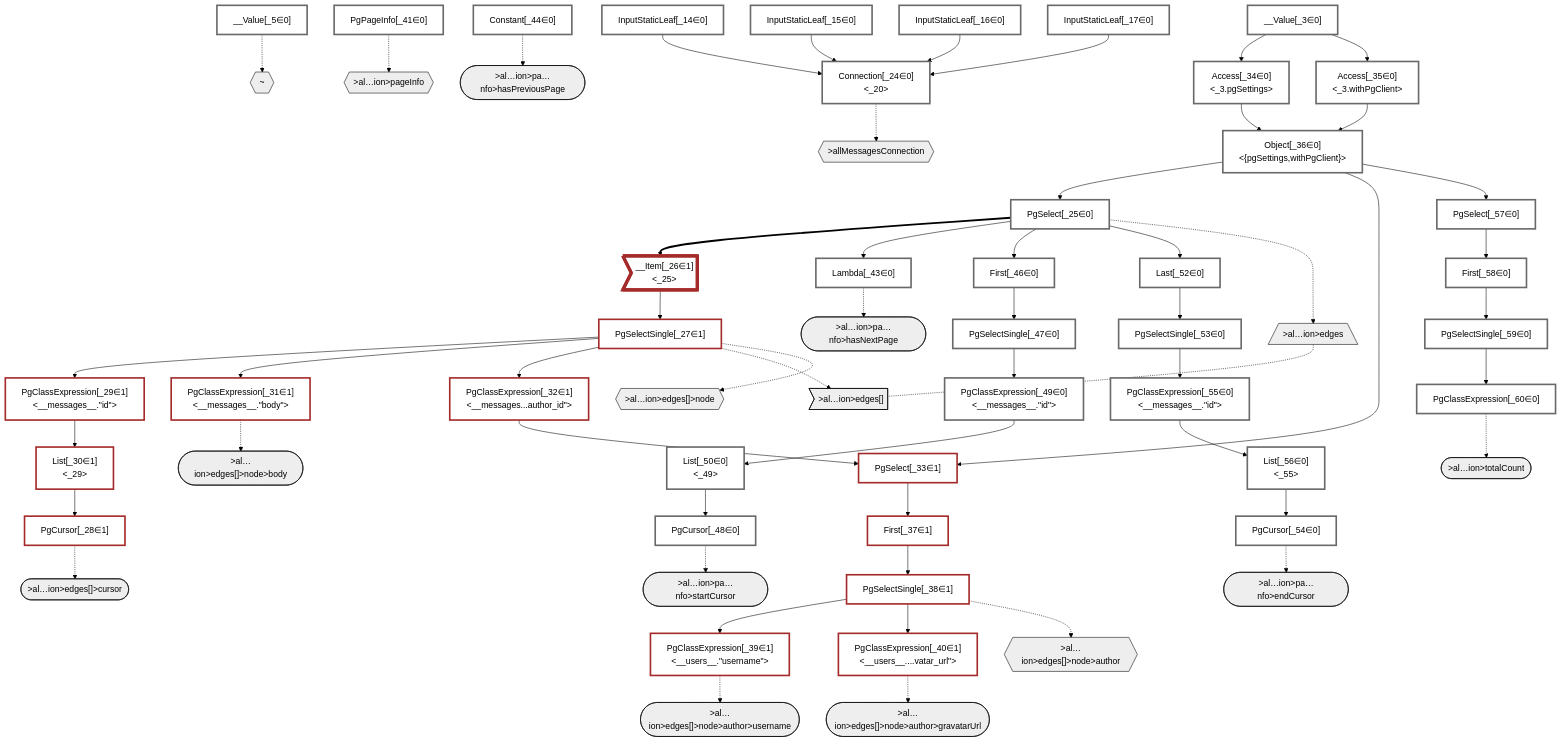
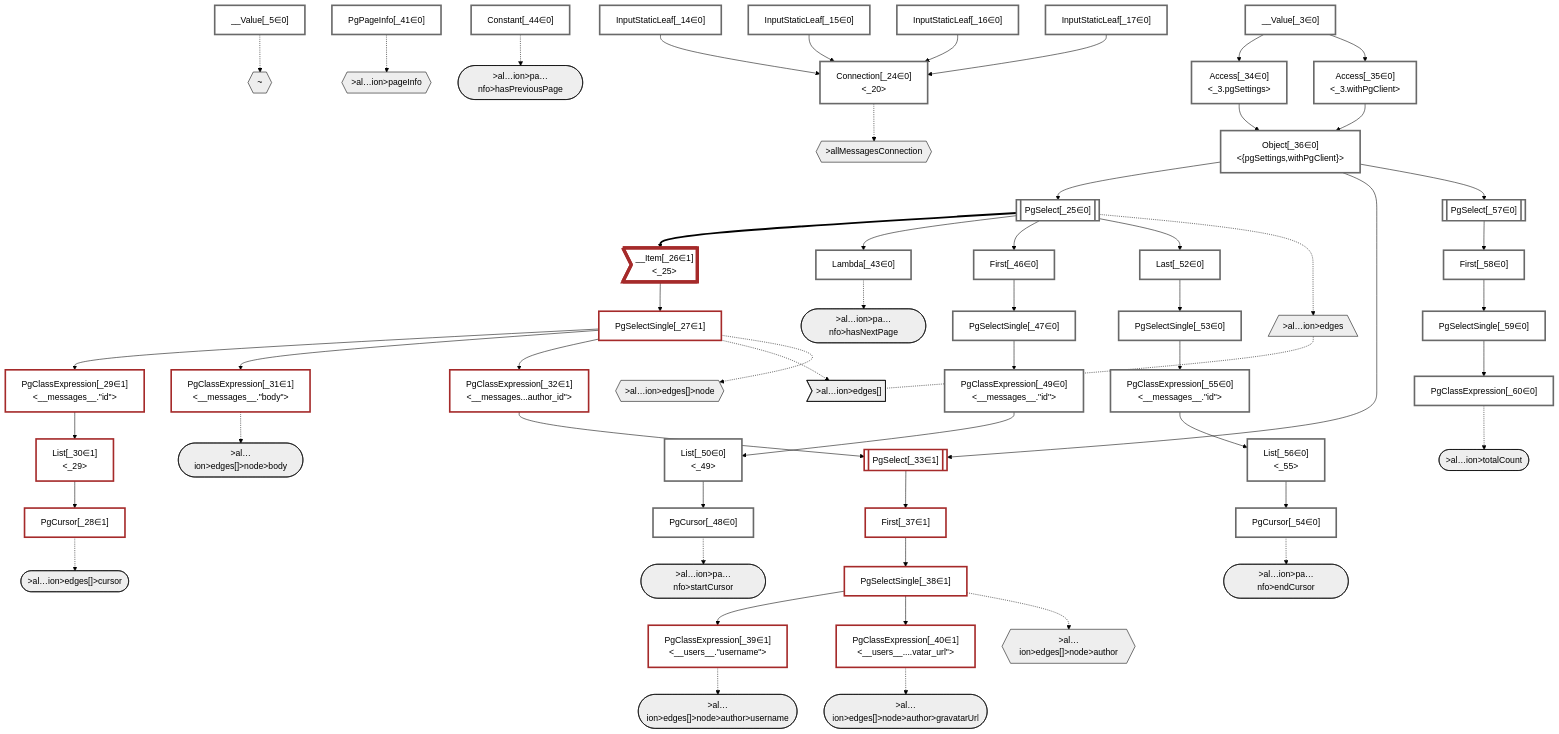
The diagram in packages/dataplan-pg/__tests__/queries/connections/basics-limit3.deopt.mermaid.md (graphile/crystal), drawn with Mermaid (forest theme) before and after one commit. The commit also changed 195 other files, not shown here.

```diff
--- a/packages/dataplan-pg/__tests__/queries/connections/basics-limit3.deopt.mermaid.md
+++ b/packages/dataplan-pg/__tests__/queries/connections/basics-limit3.deopt.mermaid.md
@@ -47,7 +47,7 @@
     InputStaticLeaf_16["InputStaticLeaf[_16∈0]"]:::plan
     InputStaticLeaf_17["InputStaticLeaf[_17∈0]"]:::plan
     Connection_24["Connection[_24∈0]<br /><_20>"]:::plan
-    PgSelect_25["PgSelect[_25∈0]<br /><messages>"]:::plan
+    PgSelect_25[["PgSelect[_25∈0]<br /><messages>"]]:::plan
     __Item_26>"__Item[_26∈1]<br /><_25>"]:::itemplan
     PgSelectSingle_27["PgSelectSingle[_27∈1]<br /><messages>"]:::plan
     PgCursor_28["PgCursor[_28∈1]"]:::plan
@@ -55,7 +55,7 @@
     List_30["List[_30∈1]<br /><_29>"]:::plan
     PgClassExpression_31["PgClassExpression[_31∈1]<br /><__messages__.#quot;body#quot;>"]:::plan
     PgClassExpression_32["PgClassExpression[_32∈1]<br /><__messages...author_id#quot;>"]:::plan
-    PgSelect_33["PgSelect[_33∈1]<br /><users>"]:::plan
+    PgSelect_33[["PgSelect[_33∈1]<br /><users>"]]:::plan
     Access_34["Access[_34∈0]<br /><_3.pgSettings>"]:::plan
     Access_35["Access[_35∈0]<br /><_3.withPgClient>"]:::plan
     Object_36["Object[_36∈0]<br /><{pgSettings,withPgClient}>"]:::plan
@@ -76,7 +76,7 @@
     PgCursor_54["PgCursor[_54∈0]"]:::plan
     PgClassExpression_55["PgClassExpression[_55∈0]<br /><__messages__.#quot;id#quot;>"]:::plan
     List_56["List[_56∈0]<br /><_55>"]:::plan
-    PgSelect_57["PgSelect[_57∈0]<br /><messages>"]:::plan
+    PgSelect_57[["PgSelect[_57∈0]<br /><messages>"]]:::plan
     First_58["First[_58∈0]"]:::plan
     PgSelectSingle_59["PgSelectSingle[_59∈0]<br /><messages>"]:::plan
     PgClassExpression_60["PgClassExpression[_60∈0]<br /><count(*)>"]:::plan
```
